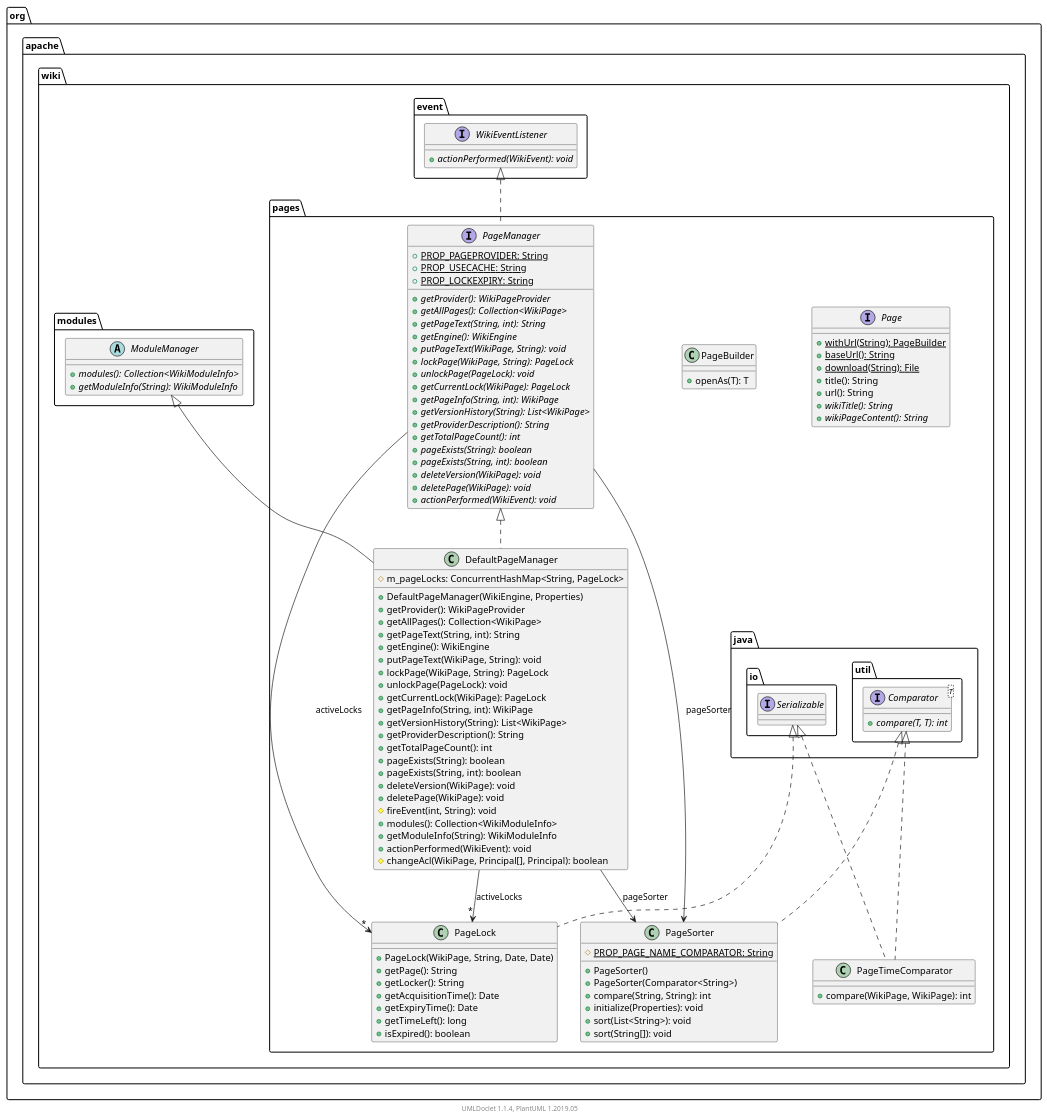
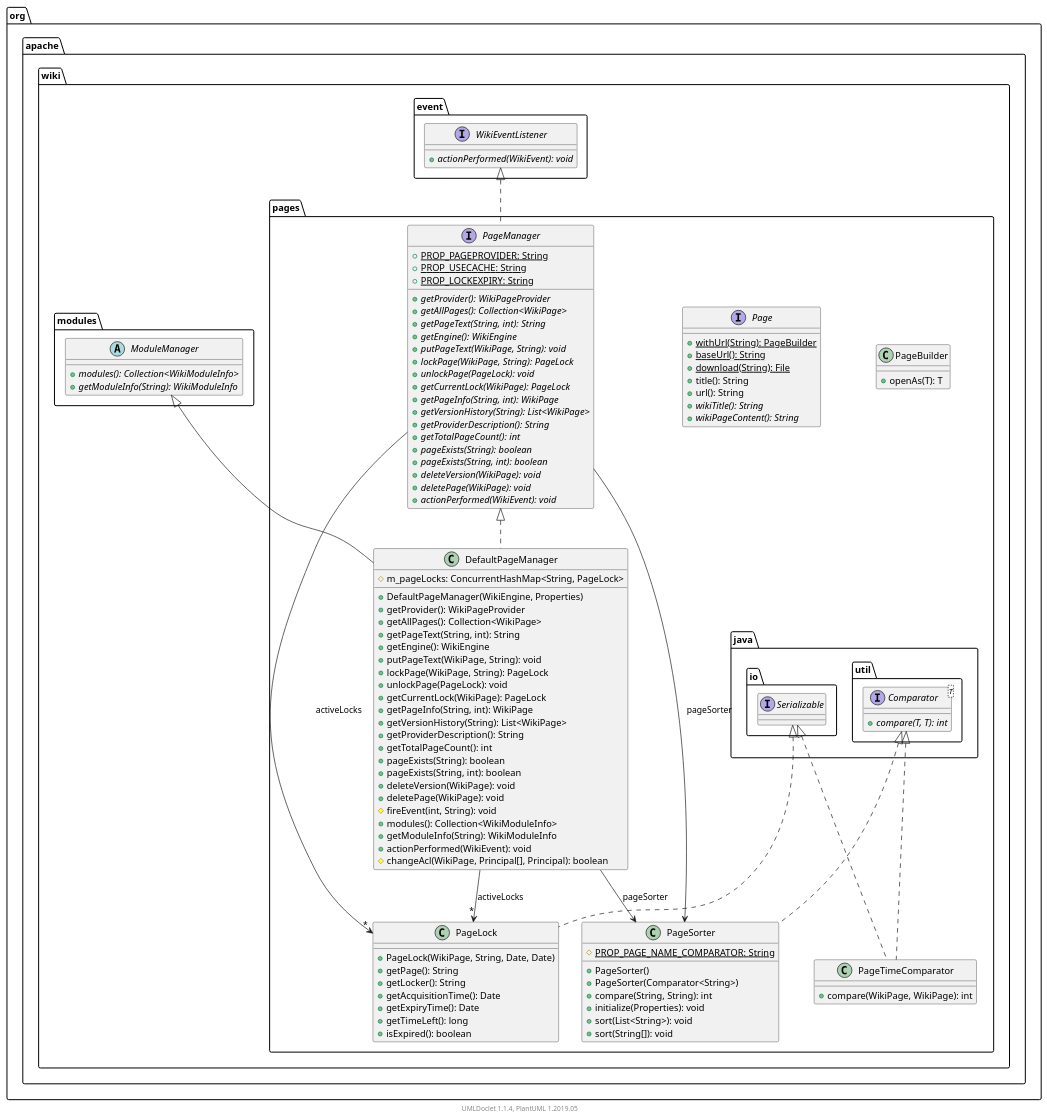
Before and after one commit to apache/jspwiki-site: the diagram in apidocs/2.11.0.M7-SNAPSHOT/org/apache/wiki/pages/package.puml, drawn with PlantUML. The commit also changed other lines of this file and 1589 other files, not shown here.

```diff
--- a/apidocs/2.11.0.M7-SNAPSHOT/org/apache/wiki/pages/package.puml
+++ b/apidocs/2.11.0.M7-SNAPSHOT/org/apache/wiki/pages/package.puml
@@ -1,129 +1,129 @@
 @startuml
 
     namespace org.apache.wiki.pages {
+
+        class PageBuilder [[PageBuilder.html]] {
+            +openAs(T): T
+        }
 
         interface Page [[Page.html]] {
             {static} +withUrl(String): PageBuilder
             {static} +baseUrl(): String
             {static} +download(String): File
             +title(): String
             +url(): String
             {abstract} +wikiTitle(): String
             {abstract} +wikiPageContent(): String
         }
 
-        class PageBuilder [[PageBuilder.html]] {
-            +openAs(T): T
+        class PageLock [[PageLock.html]] {
+            +PageLock(WikiPage, String, Date, Date)
+            +getPage(): String
+            +getLocker(): String
+            +getAcquisitionTime(): Date
+            +getExpiryTime(): Date
+            +getTimeLeft(): long
+            +isExpired(): boolean
+        }
+
+        class PageTimeComparator [[PageTimeComparator.html]] {
+            +compare(WikiPage, WikiPage): int
         }
 
         interface PageManager [[PageManager.html]] {
             {static} +PROP_PAGEPROVIDER: String
             {static} +PROP_USECACHE: String
             {static} +PROP_LOCKEXPIRY: String
             {abstract} +getProvider(): WikiPageProvider
             {abstract} +getAllPages(): Collection<WikiPage>
             {abstract} +getPageText(String, int): String
             {abstract} +getEngine(): WikiEngine
             {abstract} +putPageText(WikiPage, String): void
             {abstract} +lockPage(WikiPage, String): PageLock
             {abstract} +unlockPage(PageLock): void
             {abstract} +getCurrentLock(WikiPage): PageLock
             {abstract} +getPageInfo(String, int): WikiPage
             {abstract} +getVersionHistory(String): List<WikiPage>
             {abstract} +getProviderDescription(): String
             {abstract} +getTotalPageCount(): int
             {abstract} +pageExists(String): boolean
             {abstract} +pageExists(String, int): boolean
             {abstract} +deleteVersion(WikiPage): void
             {abstract} +deletePage(WikiPage): void
             {abstract} +actionPerformed(WikiEvent): void
-        }
-
-        class PageLock [[PageLock.html]] {
-            +PageLock(WikiPage, String, Date, Date)
-            +getPage(): String
-            +getLocker(): String
-            +getAcquisitionTime(): Date
-            +getExpiryTime(): Date
-            +getTimeLeft(): long
-            +isExpired(): boolean
         }
 
         class DefaultPageManager [[DefaultPageManager.html]] {
             #m_pageLocks: ConcurrentHashMap<String, PageLock>
             +DefaultPageManager(WikiEngine, Properties)
             +getProvider(): WikiPageProvider
             +getAllPages(): Collection<WikiPage>
             +getPageText(String, int): String
             +getEngine(): WikiEngine
             +putPageText(WikiPage, String): void
             +lockPage(WikiPage, String): PageLock
             +unlockPage(PageLock): void
             +getCurrentLock(WikiPage): PageLock
             +getPageInfo(String, int): WikiPage
             +getVersionHistory(String): List<WikiPage>
             +getProviderDescription(): String
             +getTotalPageCount(): int
             +pageExists(String): boolean
             +pageExists(String, int): boolean
             +deleteVersion(WikiPage): void
             +deletePage(WikiPage): void
             #fireEvent(int, String): void
             +modules(): Collection<WikiModuleInfo>
             +getModuleInfo(String): WikiModuleInfo
             +actionPerformed(WikiEvent): void
             #changeAcl(WikiPage, Principal[], Principal): boolean
         }
 
         class PageSorter [[PageSorter.html]] {
             {static} #PROP_PAGE_NAME_COMPARATOR: String
             +PageSorter()
             +PageSorter(Comparator<String>)
             +compare(String, String): int
             +initialize(Properties): void
             +sort(List<String>): void
             +sort(String[]): void
         }
 
-        class PageTimeComparator [[PageTimeComparator.html]] {
-            +compare(WikiPage, WikiPage): int
+        interface java.io.Serializable
+        java.io.Serializable <|.. PageLock
+
+        interface java.util.Comparator<T> {
+            {abstract} +compare(T, T): int
         }
+        java.util.Comparator <|.. PageTimeComparator
+
+        java.io.Serializable <|.. PageTimeComparator
 
         interface org.apache.wiki.event.WikiEventListener {
             {abstract} +actionPerformed(WikiEvent): void
         }
         org.apache.wiki.event.WikiEventListener <|.. PageManager
-
-        interface java.io.Serializable
-        java.io.Serializable <|.. PageLock
 
         abstract class org.apache.wiki.modules.ModuleManager {
             {abstract} +modules(): Collection<WikiModuleInfo>
             {abstract} +getModuleInfo(String): WikiModuleInfo
         }
         org.apache.wiki.modules.ModuleManager <|-- DefaultPageManager
 
         PageManager <|.. DefaultPageManager
 
-        interface java.util.Comparator<T> {
-            {abstract} +compare(T, T): int
-        }
         java.util.Comparator <|.. PageSorter
-
-        java.util.Comparator <|.. PageTimeComparator
-
-        java.io.Serializable <|.. PageTimeComparator
 
         PageManager --> "*" PageLock: activeLocks
 
         PageManager --> PageSorter: pageSorter
 
         DefaultPageManager --> "*" PageLock: activeLocks
 
         DefaultPageManager --> PageSorter: pageSorter
 
     }
 
 
     center footer UMLDoclet 1.1.4, PlantUML 1.2019.05
 @enduml
```
